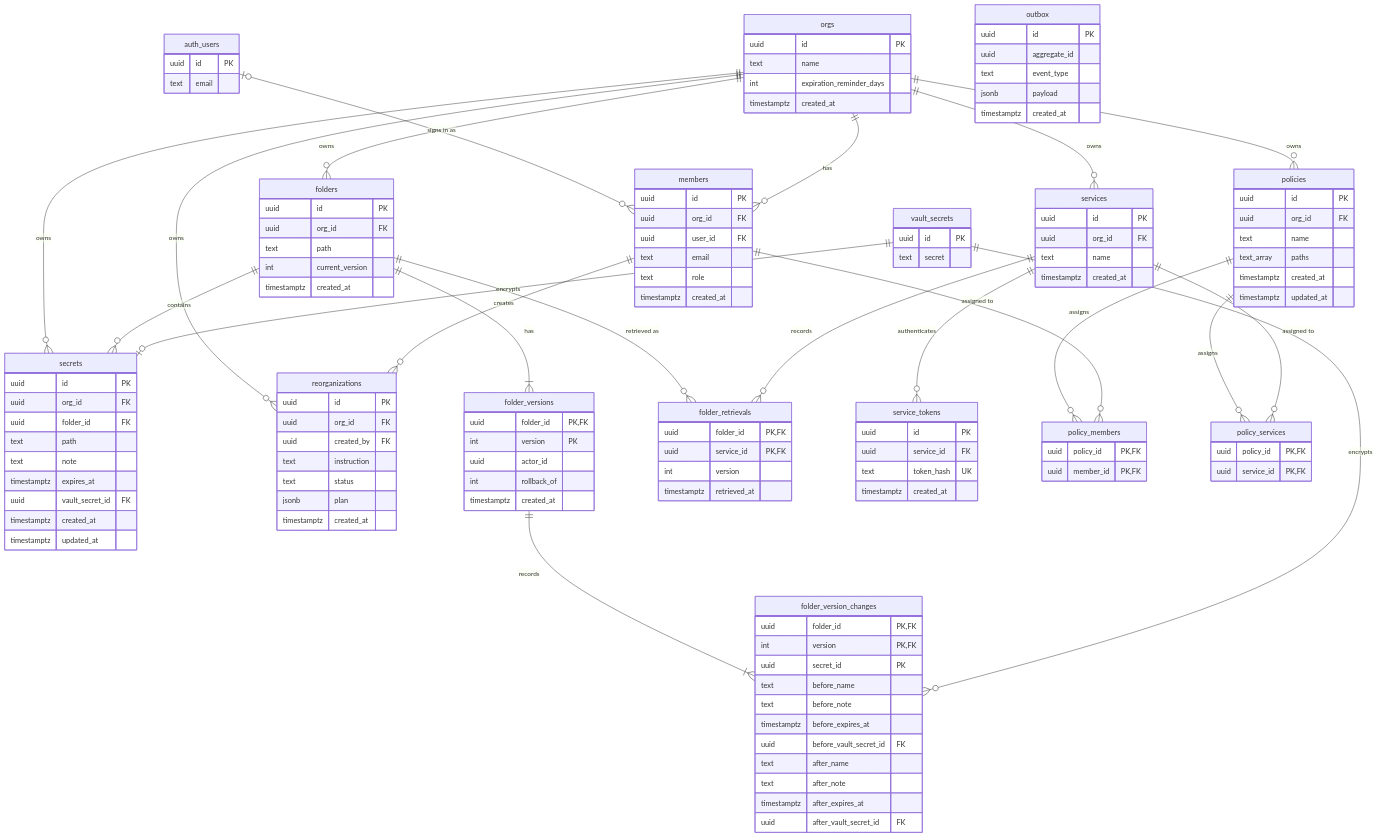
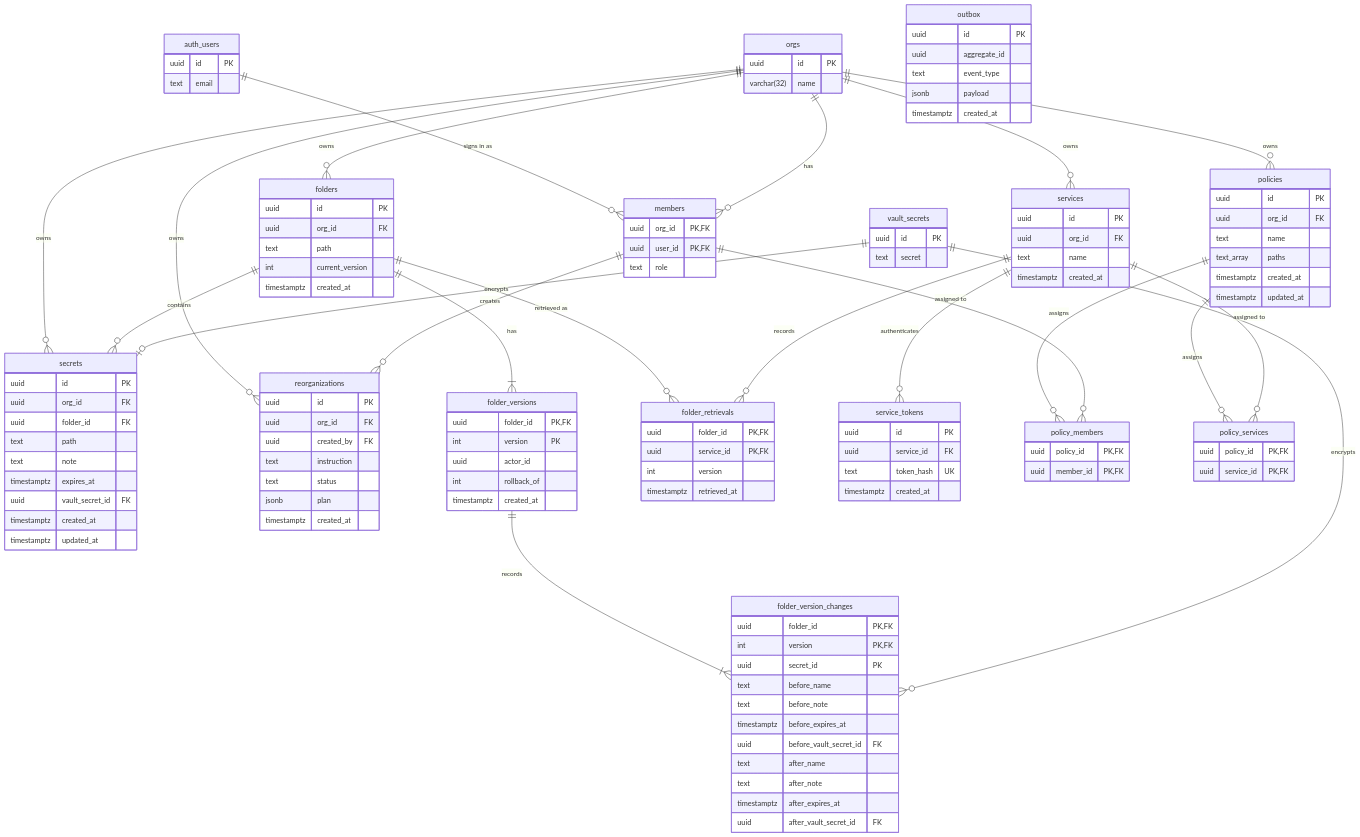
Before and after one commit to brojyf/keysy: the diagram in wiki/database-schema.mdx, drawn with Mermaid. The commit also changed other lines of this file and 1 other file, not shown here.

Commit message:
docs(wiki): align organization and membership schema (#104)

````diff
--- a/wiki/database-schema.mdx
+++ b/wiki/database-schema.mdx
@@ -14,6 +49,6 @@
 ```mermaid
 erDiagram
-  auth_users |o--o{ members : "signs in as"
+  auth_users ||--o{ members : "signs in as"
   orgs ||--o{ members : has
   orgs ||--o{ folders : owns
   orgs ||--o{ secrets : owns
@@ -44,17 +79,12 @@
   }
   orgs {
     uuid id PK
-    text name
-    int expiration_reminder_days
-    timestamptz created_at
+    varchar(32) name
   }
   members {
-    uuid id PK
-    uuid org_id FK
-    uuid user_id FK
-    text email
+    uuid org_id PK, FK
+    uuid user_id PK, FK
     text role
-    timestamptz created_at
   }
   folders {
     uuid id PK
````
